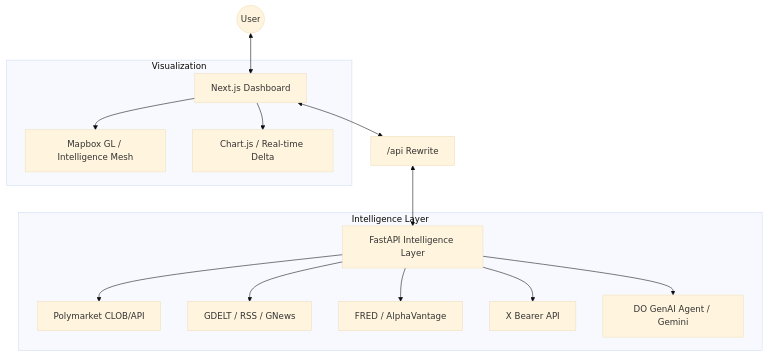
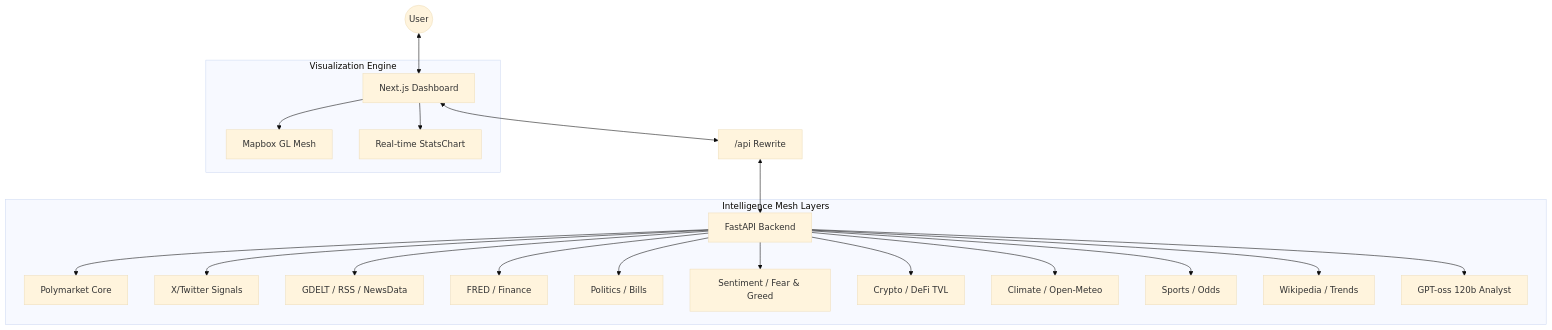
The diagram in README.md (zyzzlegiggle/univinsight), drawn with Mermaid (base theme) before and after one commit. The commit also changed other lines of this file, not shown here.

````diff
--- a/README.md
+++ b/README.md
@@ -11,19 +11,25 @@
 ```mermaid
 graph TD
     User((User)) <--> Frontend[Next.js Dashboard]
     Frontend <--> Proxy["/api Rewrite"]
-    Proxy <--> Backend[FastAPI Intelligence Layer]
+    Proxy <--> Backend[FastAPI Backend]
     
-    subgraph "Intelligence Layer"
-        Backend --> PM[Polymarket CLOB/API]
-        Backend --> News[GDELT / RSS / GNews]
-        Backend --> Finance[FRED / AlphaVantage]
-        Backend --> Social[X Bearer API]
-        Backend --> AI[DO GenAI Agent / Gemini]
+    subgraph "Intelligence Mesh Layers"
+        Backend --> Market[Polymarket Core]
+        Backend --> Social[X/Twitter Signals]
+        Backend --> News[GDELT / RSS / NewsData]
+        Backend --> Fin[FRED / Finance]
+        Backend --> Pol[Politics / Bills]
+        Backend --> Sent[Sentiment / Fear & Greed]
+        Backend --> Cry[Crypto / DeFi TVL]
+        Backend --> Clim[Climate / Open-Meteo]
+        Backend --> Spt[Sports / Odds]
+        Backend --> Wiki[Wikipedia / Trends]
+        Backend --> Agent[GPT-oss 120b Analyst]
     end
     
-    subgraph "Visualization"
-        Frontend --> Map[Mapbox GL / Intelligence Mesh]
-        Frontend --> Charts[Chart.js / Real-time Delta]
+    subgraph "Visualization Engine"
+        Frontend --> Map[Mapbox GL Mesh]
+        Frontend --> Charts[Real-time StatsChart]
     end
 ```
````
